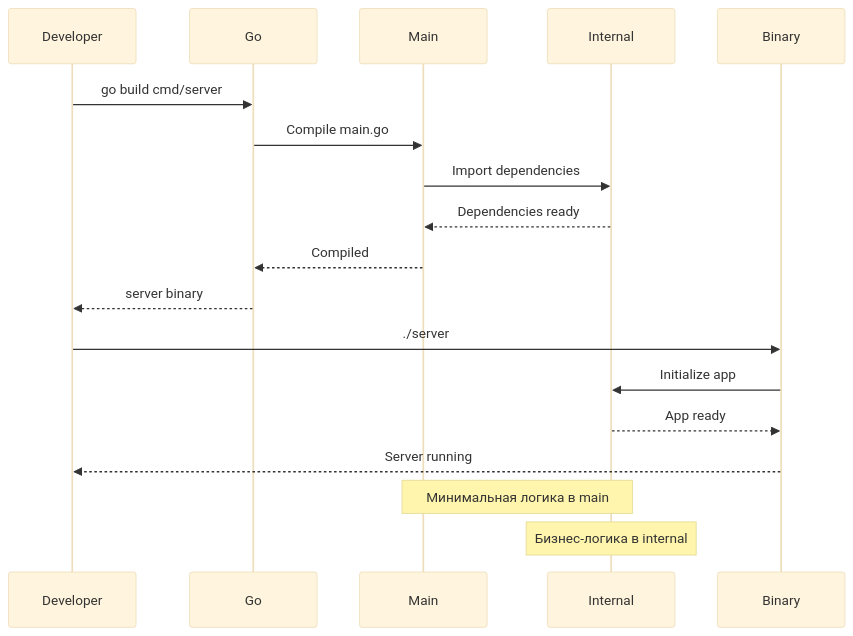
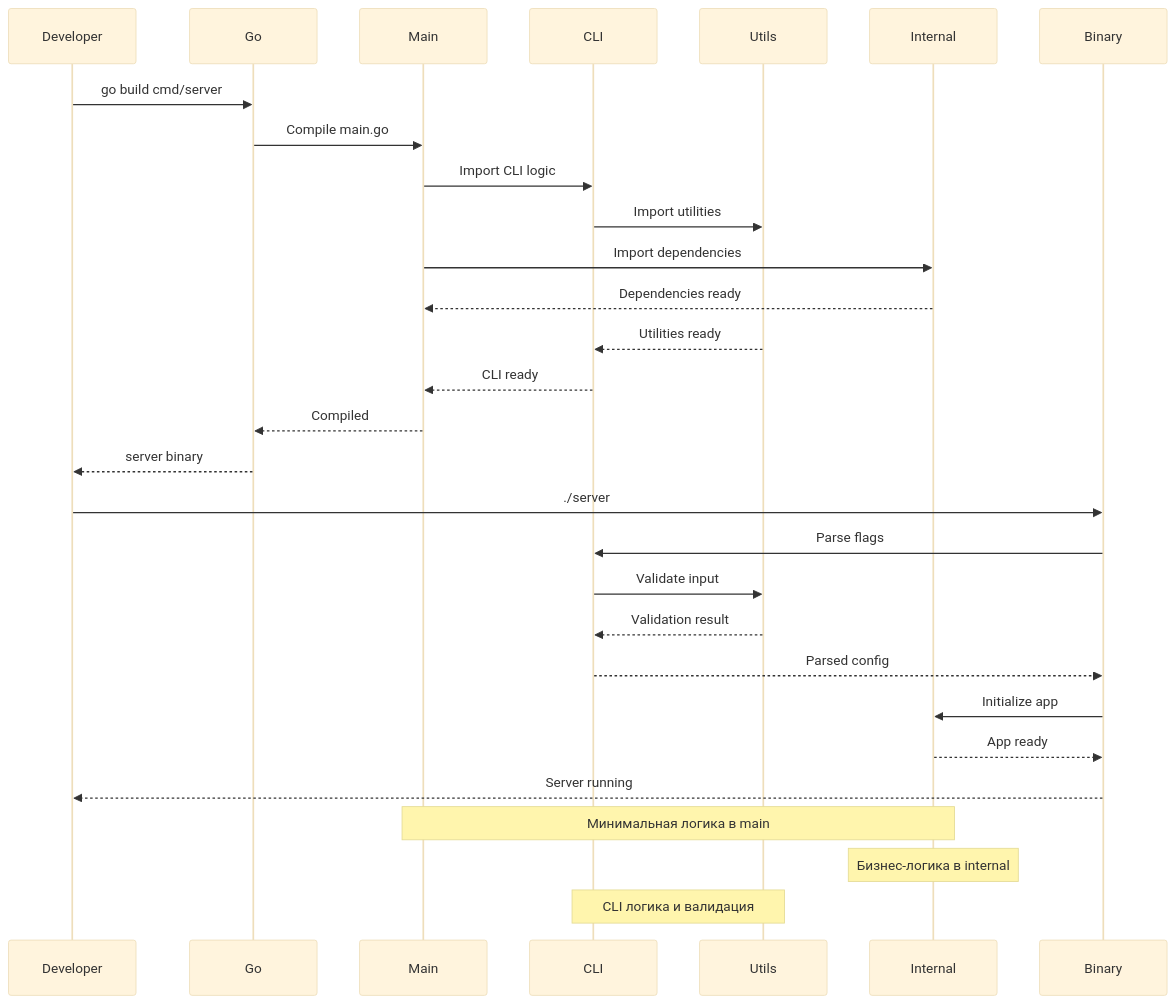
The second of 2 diagrams in cmd/README.md (IgorKilipenko/metrical), drawn with Mermaid (base theme) before and after one commit. The commit also changed other lines of this file and 2 other files, not shown here.

````diff
--- a/cmd/README.md
+++ b/cmd/README.md
@@ -63,23 +84,34 @@
 ```mermaid
 sequenceDiagram
     participant Developer
     participant Go
     participant Main
+    participant CLI
+    participant Utils
     participant Internal
     participant Binary
     
     Developer->>Go: go build cmd/server
     Go->>Main: Compile main.go
+    Main->>CLI: Import CLI logic
+    CLI->>Utils: Import utilities
     Main->>Internal: Import dependencies
     Internal-->>Main: Dependencies ready
+    Utils-->>CLI: Utilities ready
+    CLI-->>Main: CLI ready
     Main-->>Go: Compiled
     Go-->>Developer: server binary
     
     Developer->>Binary: ./server
+    Binary->>CLI: Parse flags
+    CLI->>Utils: Validate input
+    Utils-->>CLI: Validation result
+    CLI-->>Binary: Parsed config
     Binary->>Internal: Initialize app
     Internal-->>Binary: App ready
     Binary-->>Developer: Server running
     
     Note over Main,Internal: Минимальная логика в main
     Note over Internal: Бизнес-логика в internal
+    Note over CLI,Utils: CLI логика и валидация
 ```
````
